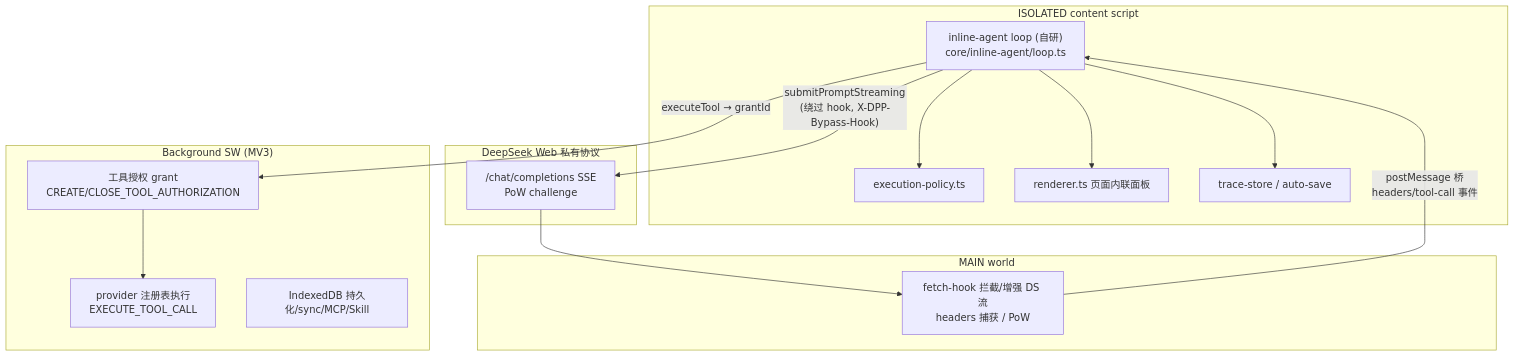
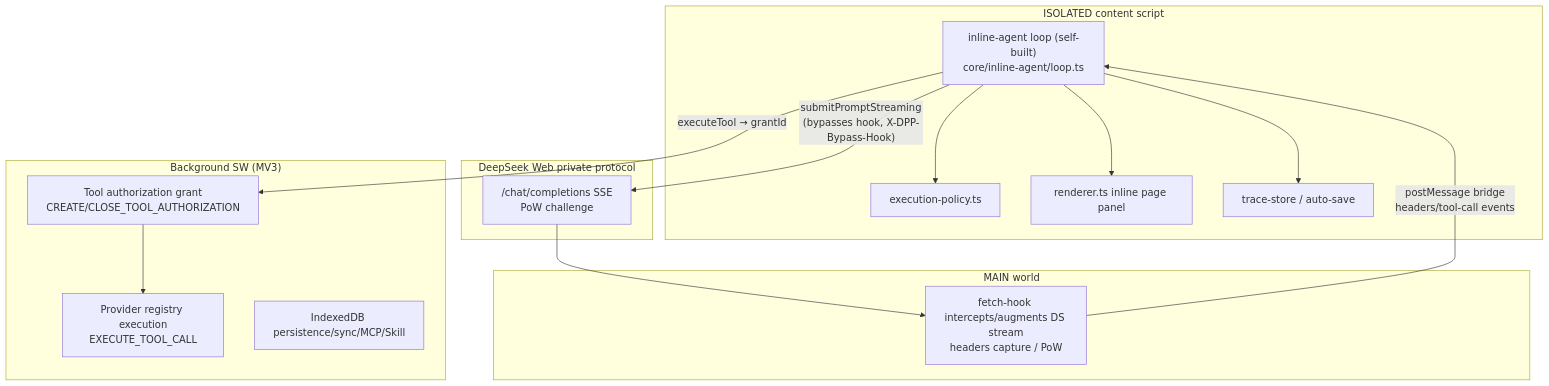
The diagram in docs/archives/pi-agent-core-integration/analysis/project-overview.md (iiSwxft/DS-ide-to-web), drawn with Mermaid before and after one commit. The commit also changed other lines of this file and 189 other files, not shown here.

````diff
--- a/docs/archives/pi-agent-core-integration/analysis/project-overview.md
+++ b/docs/archives/pi-agent-core-integration/analysis/project-overview.md
@@ -9,28 +9,28 @@
 ```mermaid
 flowchart TB
     subgraph BG["Background SW (MV3)"]
-        AUTH["工具授权 grant<br/>CREATE/CLOSE_TOOL_AUTHORIZATION"]
-        EXEC["provider 注册表执行<br/>EXECUTE_TOOL_CALL"]
-        PERSIST["IndexedDB 持久化/sync/MCP/Skill"]
+        AUTH["Tool authorization grant<br/>CREATE/CLOSE_TOOL_AUTHORIZATION"]
+        EXEC["Provider registry execution<br/>EXECUTE_TOOL_CALL"]
+        PERSIST["IndexedDB persistence/sync/MCP/Skill"]
     end
     subgraph ISO["ISOLATED content script"]
-        LOOP["inline-agent loop (自研)<br/>core/inline-agent/loop.ts"]
+        LOOP["inline-agent loop (self-built)<br/>core/inline-agent/loop.ts"]
         POLICY["execution-policy.ts"]
-        RENDER["renderer.ts 页面内联面板"]
+        RENDER["renderer.ts inline page panel"]
         TRACE["trace-store / auto-save"]
     end
     subgraph MAIN["MAIN world"]
-        HOOK["fetch-hook 拦截/增强 DS 流<br/>headers 捕获 / PoW"]
+        HOOK["fetch-hook intercepts/augments DS stream<br/>headers capture / PoW"]
     end
-    subgraph DS["DeepSeek Web 私有协议"]
+    subgraph DS["DeepSeek Web private protocol"]
         API["/chat/completions SSE<br/>PoW challenge"]
     end
     LOOP --> POLICY
     LOOP --> RENDER
     LOOP --> TRACE
-    LOOP -->|"submitPromptStreaming<br/>(绕过 hook, X-DPP-Bypass-Hook)"| API
+    LOOP -->|"submitPromptStreaming<br/>(bypasses hook, X-DPP-Bypass-Hook)"| API
     LOOP -->|"executeTool → grantId"| AUTH
     AUTH --> EXEC
-    HOOK -->|"postMessage 桥<br/>headers/tool-call 事件"| LOOP
+    HOOK -->|"postMessage bridge<br/>headers/tool-call events"| LOOP
     API --> HOOK
 ```
````
